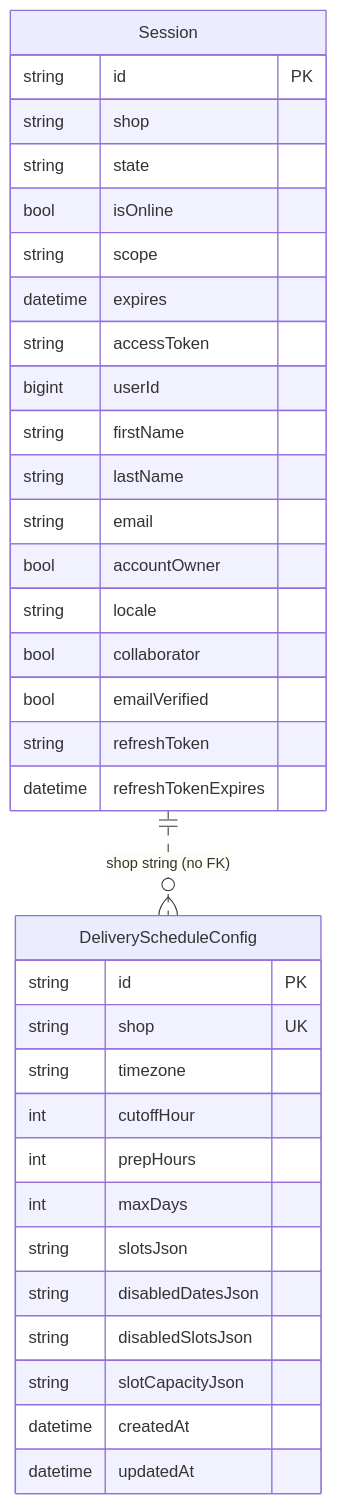
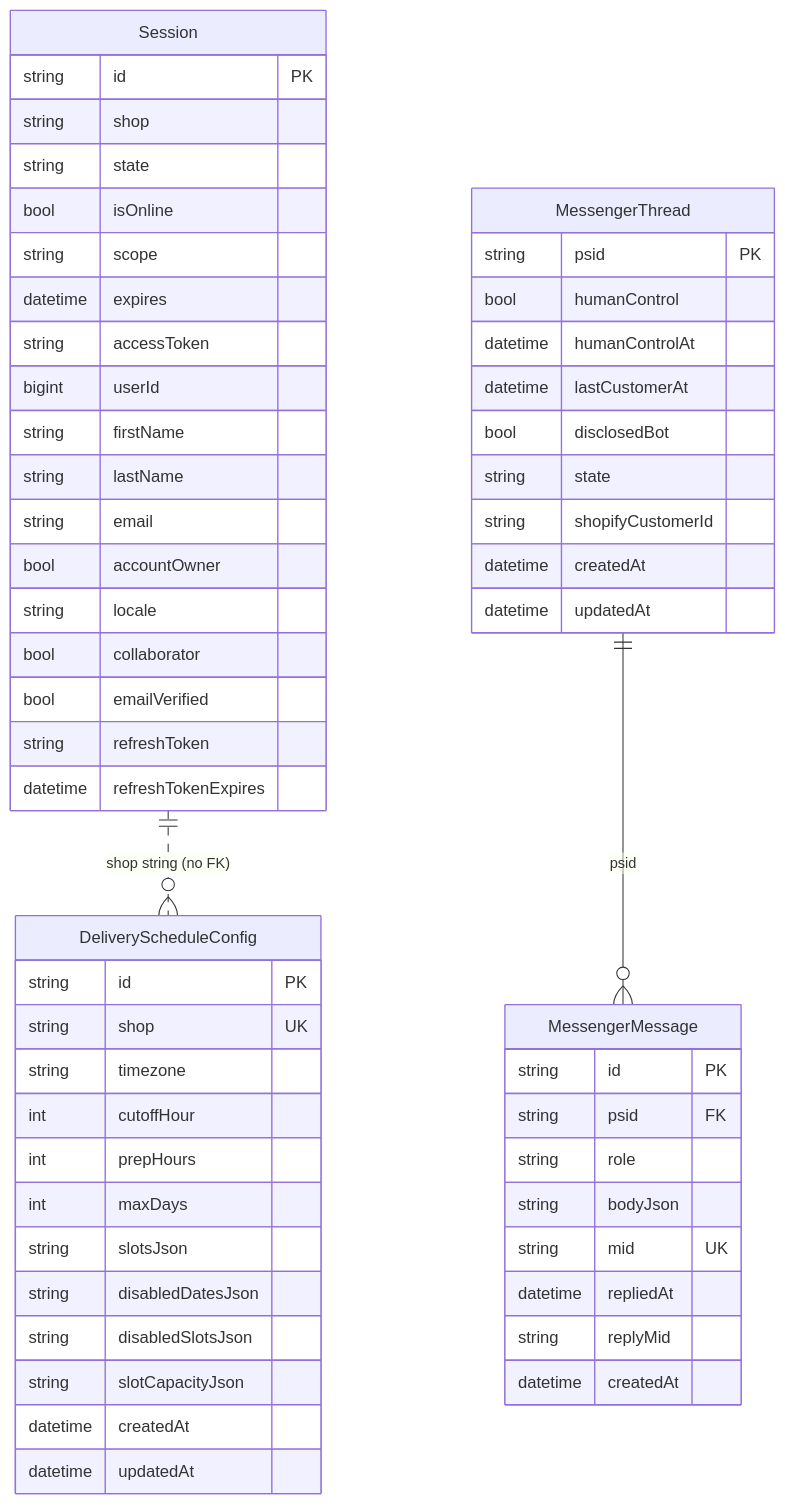
One commit to flwrdev/delivery-scheduler changed the second of 3 diagrams in docs/architecture.md. Above: the diagram before and after it, drawn with Mermaid. The commit also changed other lines of this file and 6 other files, not shown here.

````diff
--- a/docs/architecture.md
+++ b/docs/architecture.md
@@ -151,39 +151,63 @@
 ```mermaid
 erDiagram
     Session {
         string   id PK
         string   shop
         string   state
         bool     isOnline
         string   scope
         datetime expires
         string   accessToken
         bigint   userId
         string   firstName
         string   lastName
         string   email
         bool     accountOwner
         string   locale
         bool     collaborator
         bool     emailVerified
         string   refreshToken
         datetime refreshTokenExpires
     }
 
     DeliveryScheduleConfig {
         string   id PK
         string   shop UK
         string   timezone
         int      cutoffHour
         int      prepHours
         int      maxDays
         string   slotsJson
         string   disabledDatesJson
         string   disabledSlotsJson
         string   slotCapacityJson
         datetime createdAt
         datetime updatedAt
     }
 
+    MessengerThread {
+        string   psid PK
+        bool     humanControl
+        datetime humanControlAt
+        datetime lastCustomerAt
+        bool     disclosedBot
+        string   state
+        string   shopifyCustomerId
+        datetime createdAt
+        datetime updatedAt
+    }
+
+    MessengerMessage {
+        string   id PK
+        string   psid FK
+        string   role
+        string   bodyJson
+        string   mid UK
+        datetime repliedAt
+        string   replyMid
+        datetime createdAt
+    }
+
     Session ||..o{ DeliveryScheduleConfig : "shop string (no FK)"
+    MessengerThread ||--o{ MessengerMessage : "psid"
 ```
````
